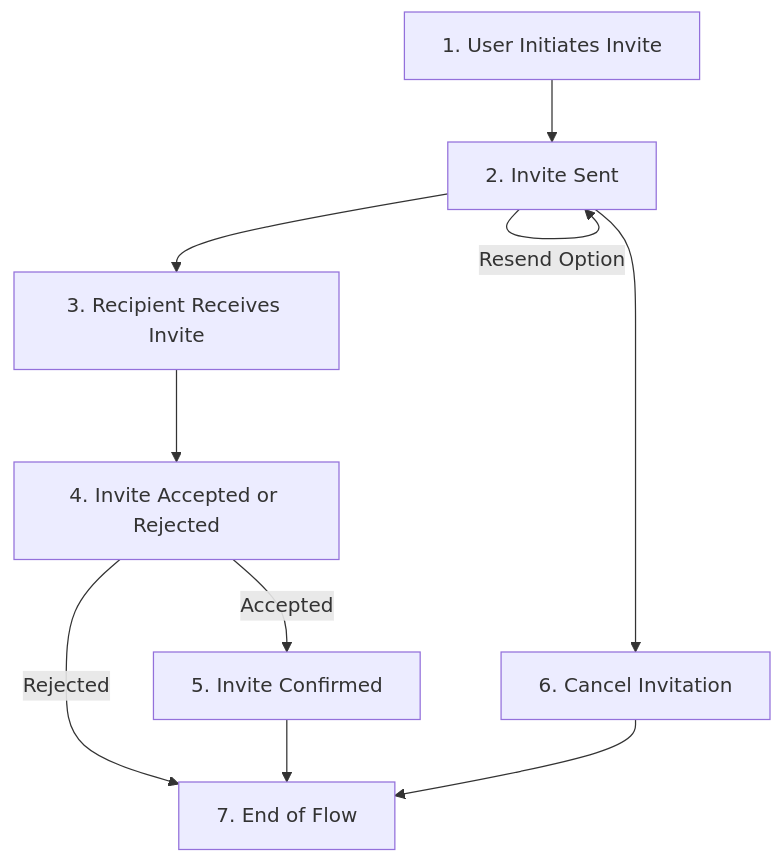
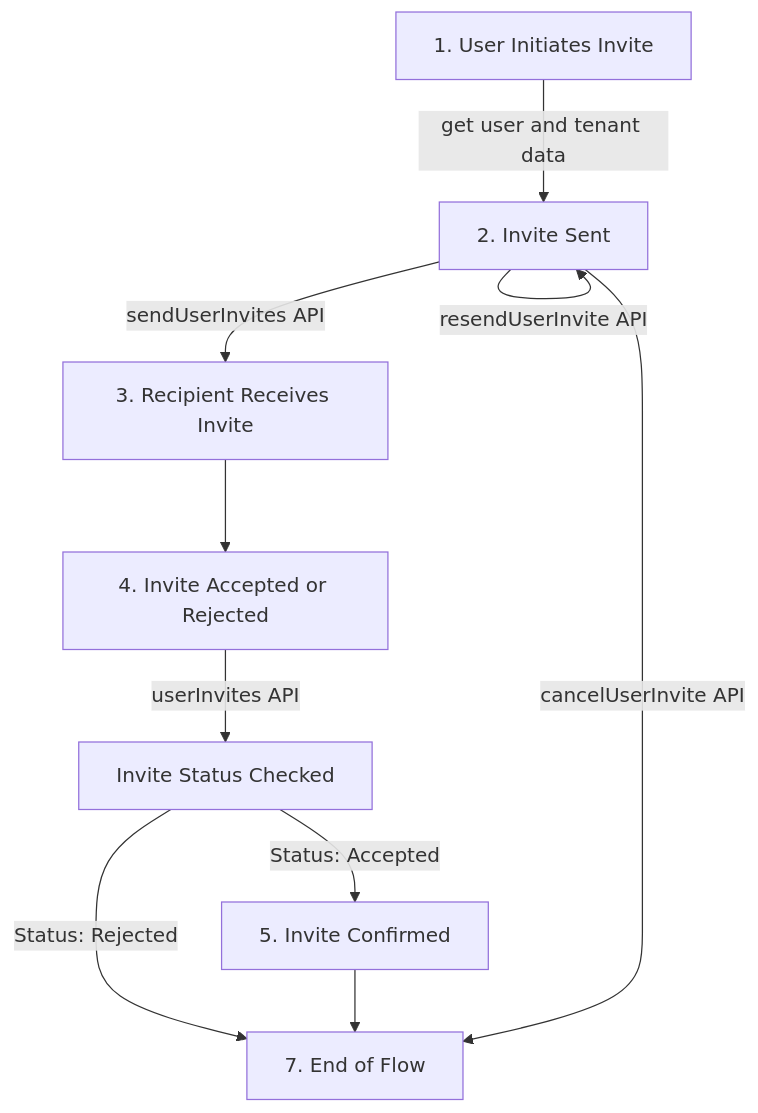
One commit to roqtech/documentation changed the diagram in pages/user-invites/index.mdx. Above: the diagram before and after it, drawn with Mermaid. The commit also changed 2 other files, not shown here.

Commit message:
Fix typo in user-invites/_meta.json and update instructions in user-invites/add-user-invites-to-apps.mdx and user-invites/index.mdx

````diff
--- a/pages/user-invites/index.mdx
+++ b/pages/user-invites/index.mdx
@@ -11,12 +11,12 @@
 ```mermaid
 graph TD
-A[1. User Initiates Invite] --> B[2. Invite Sent]
-B -->|Resend Option| B
-B --> C[3. Recipient Receives Invite]
-B --> G[6. Cancel Invitation]
+A[1. User Initiates Invite] -->|get user and tenant data| B[2. Invite Sent]
+B -->|sendUserInvites API| C[3. Recipient Receives Invite]
+B -->|resendUserInvite API| B
 C --> D[4. Invite Accepted or Rejected]
-D -->|Rejected| F[7. End of Flow]
-D -->|Accepted| E[5. Invite Confirmed]
-E --> F
-G --> F
+D -->|userInvites API| E[Invite Status Checked]
+E -->|Status: Accepted| F[5. Invite Confirmed]
+E -->|Status: Rejected| G[7. End of Flow]
+F --> G
+B -->|cancelUserInvite API| G[7. End of Flow]
 ```
````
